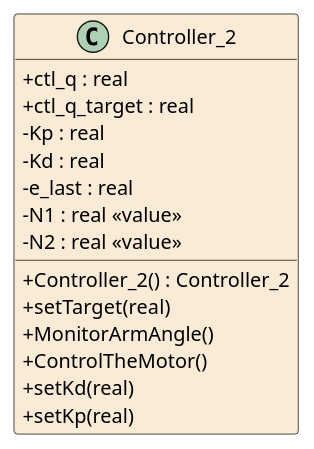
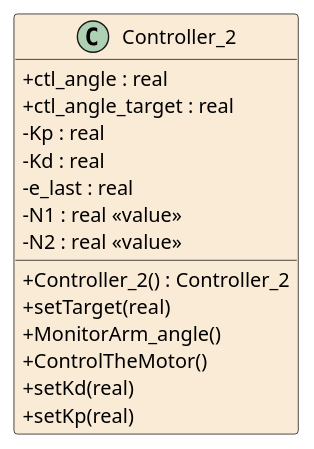
One commit to bundgaard1/POM_grp6 changed the diagram in .generated/vdm2uml/Controller_2.puml. Above: the diagram before and after it, drawn with PlantUML. The commit also changed 8 other files, not shown here.

```diff
--- a/.generated/vdm2uml/Controller_2.puml
+++ b/.generated/vdm2uml/Controller_2.puml
@@ -1,33 +1,33 @@
 @startuml Controller_2
 
 hide empty members
 skinparam Shadowing false
 skinparam classAttributeIconSize 0
 skinparam ClassBorderThickness 0.5
 skinparam groupInheritance 5
 skinparam class {
 	BackgroundColor AntiqueWhite
 	ArrowColor Black
 	BorderColor Black
 }
 skinparam defaultTextAlignment center
 
 class Controller_2
 {
-	+ctl_q : real
-	+ctl_q_target : real
+	+ctl_angle : real
+	+ctl_angle_target : real
 	-Kp : real
 	-Kd : real
 	-e_last : real
 	-N1 : real <<value>>
 	-N2 : real <<value>>
 	+Controller_2() : Controller_2
 	+setTarget(real)
-	+MonitorArmAngle()
+	+MonitorArm_angle()
 	+ControlTheMotor()
 	+setKd(real)
 	+setKp(real)
 }
 
 
 @enduml
```
